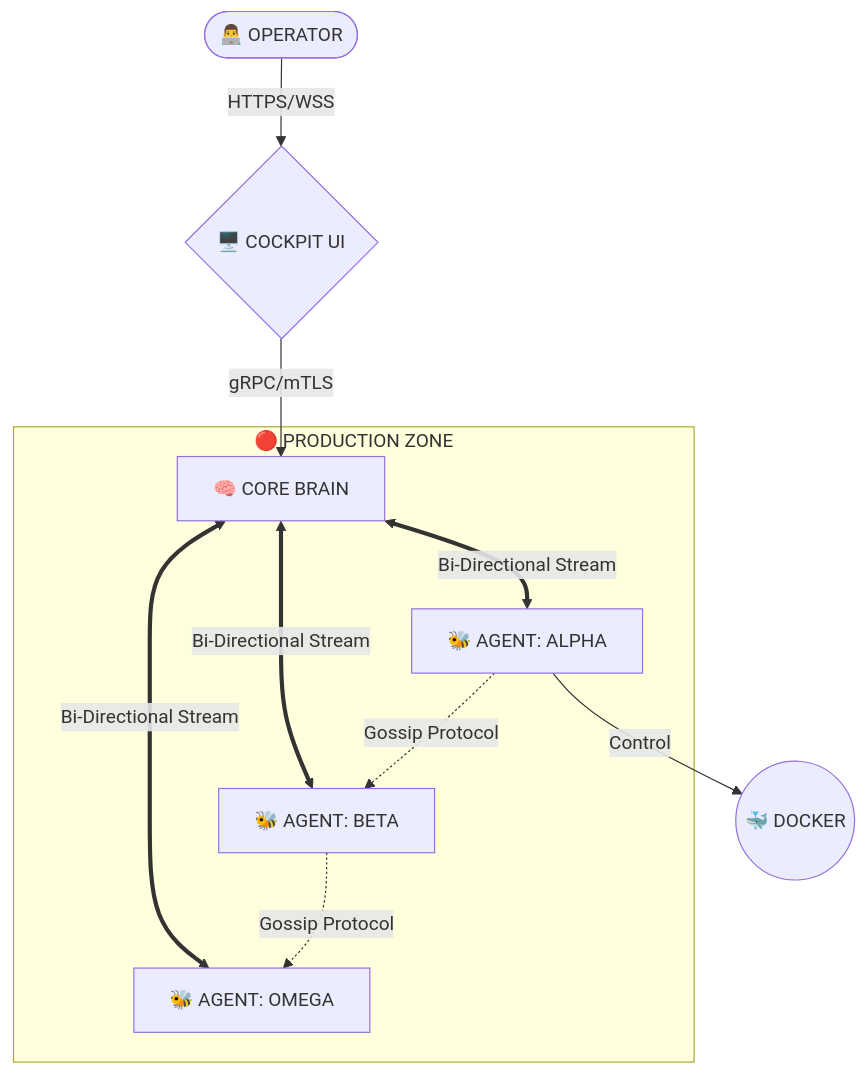
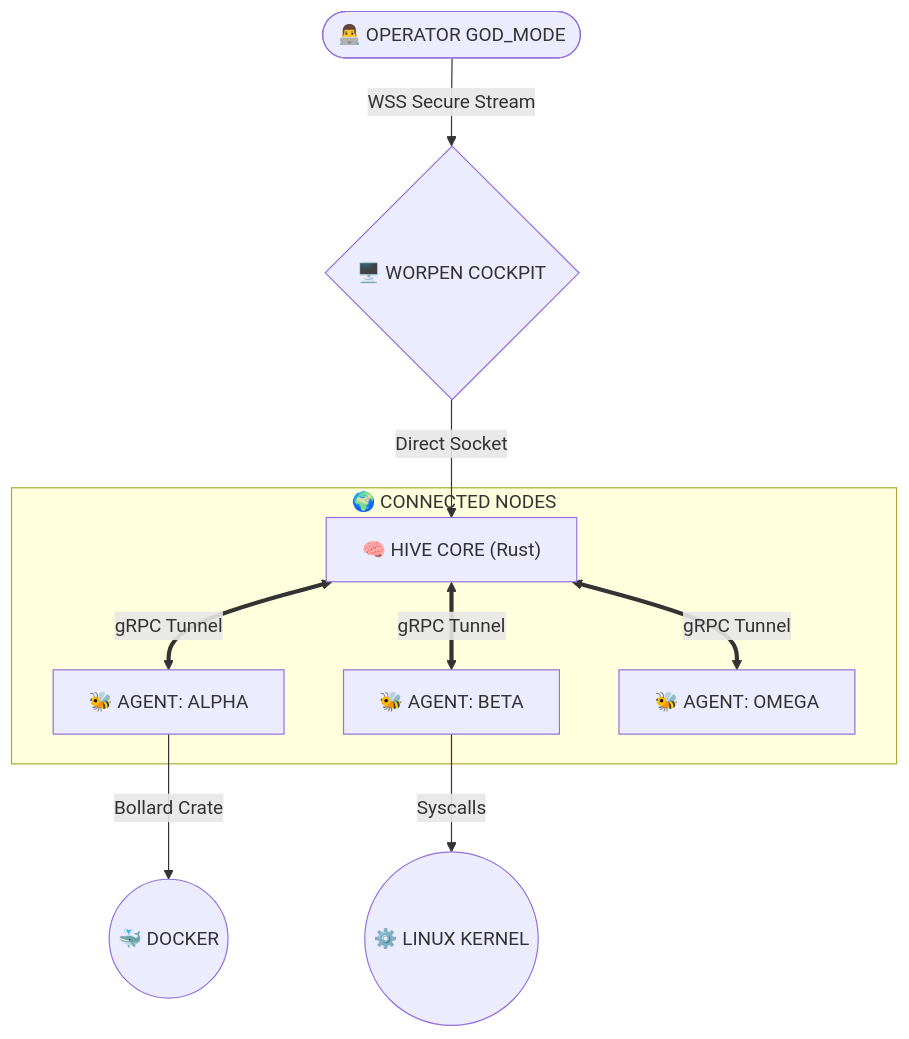
One commit to matinsanei/worpen changed the diagram in README.md. Above: the diagram before and after it, drawn with Mermaid. The commit also changed other lines of this file, not shown here.

````diff
--- a/README.md
+++ b/README.md
@@ -47,15 +93,14 @@
 ```mermaid
 graph TD
-    User([👨‍💻 OPERATOR]) -->|HTTPS/WSS| Cockpit{🖥️ COCKPIT UI}
-    Cockpit -->|gRPC/mTLS| Core[🧠 CORE BRAIN]
+    User(["👨‍💻 OPERATOR GOD_MODE"]) -->|WSS Secure Stream| Cockpit{"🖥️ WORPEN COCKPIT"}
+    Cockpit -->|Direct Socket| Core["🧠 HIVE CORE (Rust)"]
     
-    subgraph HIVE_CLUSTER [🔴 PRODUCTION ZONE]
-        Core <==>|Bi-Directional Stream| Agent1[🐝 AGENT: ALPHA]
-        Core <==>|Bi-Directional Stream| Agent2[🐝 AGENT: BETA]
-        Core <==>|Bi-Directional Stream| Agent3[🐝 AGENT: OMEGA]
+    subgraph GLOBAL_FLEET [🌍 CONNECTED NODES]
+        Core <==>|gRPC Tunnel| Agent1["🐝 AGENT: ALPHA"]
+        Core <==>|gRPC Tunnel| Agent2["🐝 AGENT: BETA"]
+        Core <==>|gRPC Tunnel| Agent3["🐝 AGENT: OMEGA"]
     end
     
-    Agent1 -->|Control| Docker((🐳 DOCKER))
-    Agent1 -.->|Gossip Protocol| Agent2
-    Agent2 -.->|Gossip Protocol| Agent3
+    Agent1 -->|Bollard Crate| Docker1(("🐳 DOCKER"))
+    Agent2 -->|Syscalls| System2(("⚙️ LINUX KERNEL"))
 ```
````
